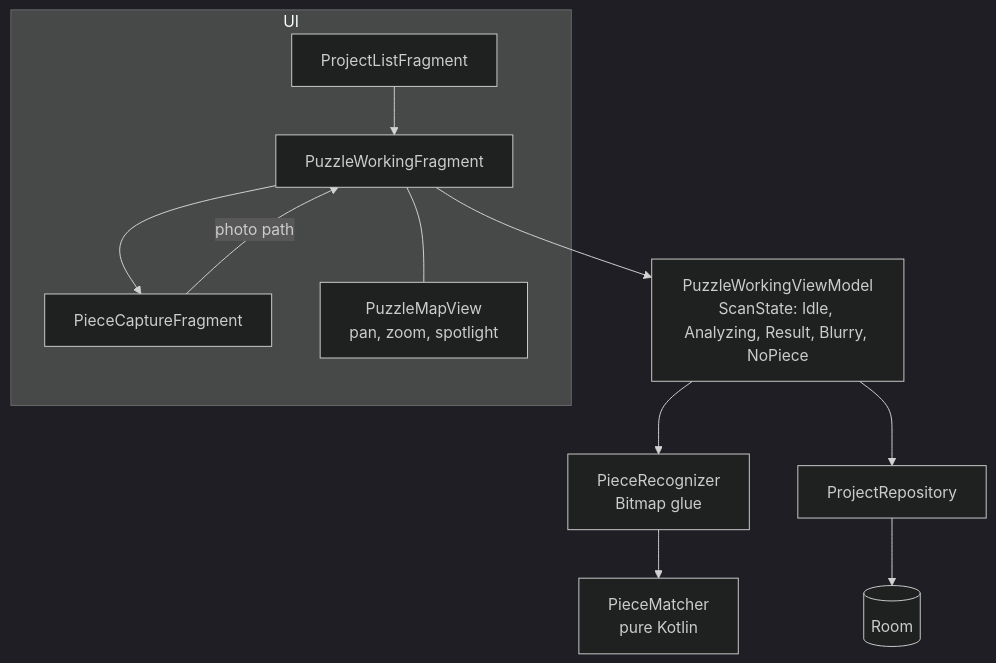
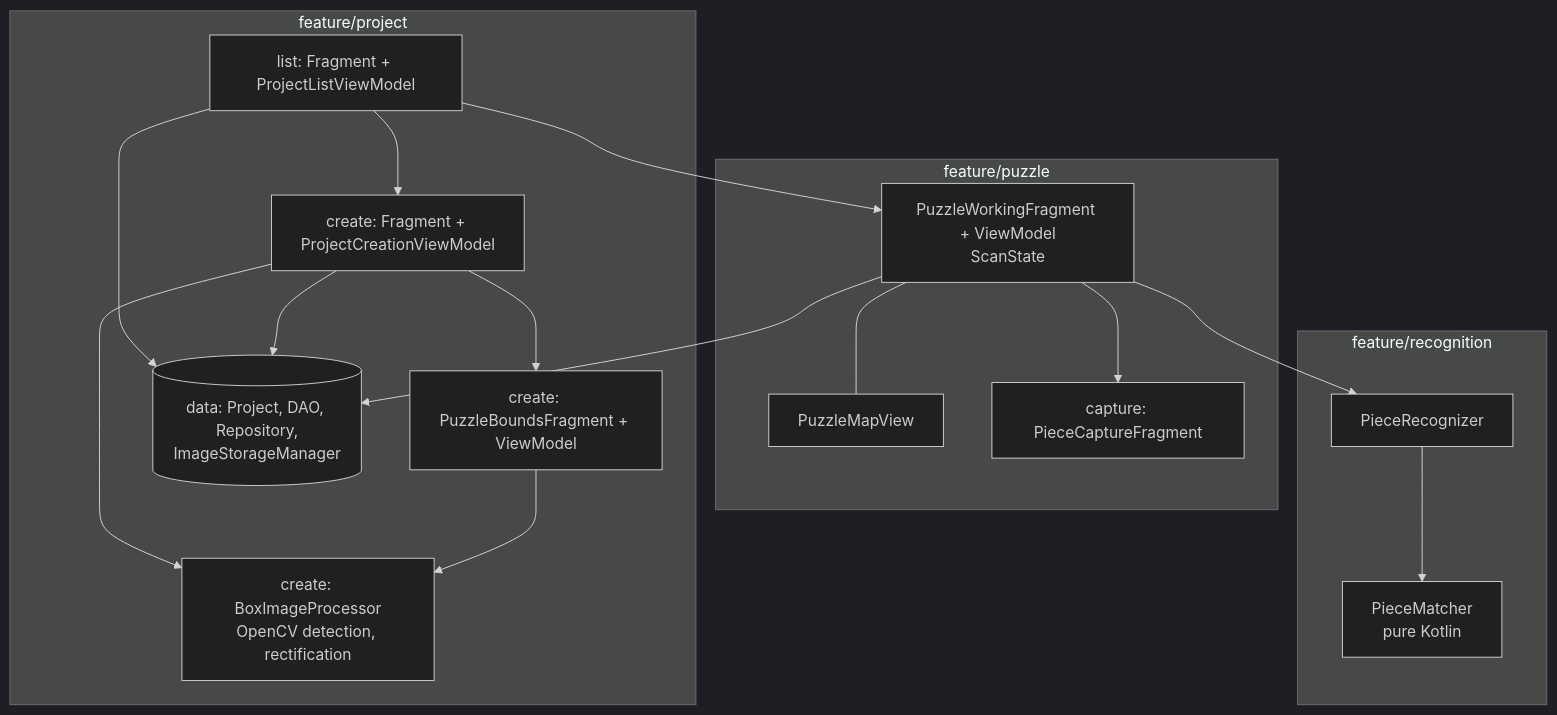
Before and after one commit to LilyanLefevre/PuzzleHelper: the second of 2 diagrams in README.md, drawn with Mermaid (dark theme). The commit also changed other lines of this file and 3 other files, not shown here.

Commit message:
docs: architecture (package by feature, MVVM), refreshed lead screenshots

````diff
--- a/README.md
+++ b/README.md
@@ -56,13 +56,23 @@
 ```mermaid
 flowchart TB
-  subgraph UI
-    L[ProjectListFragment] --> W[PuzzleWorkingFragment]
-    W --> C[PieceCaptureFragment]
-    C -- photo path --> W
-    W --- M[PuzzleMapView<br/>pan, zoom, spotlight]
+  subgraph project[feature/project]
+    L[list: Fragment + ProjectListViewModel]
+    C[create: Fragment + ProjectCreationViewModel]
+    B[create: PuzzleBoundsFragment + ViewModel]
+    D[(data: Project, DAO, Repository,<br/>ImageStorageManager)]
+    P[create: BoxImageProcessor<br/>OpenCV detection, rectification]
   end
-  W --> VM[PuzzleWorkingViewModel<br/>ScanState: Idle, Analyzing, Result, Blurry, NoPiece]
-  VM --> R[PieceRecognizer<br/>Bitmap glue]
-  R --> PM[PieceMatcher<br/>pure Kotlin]
-  VM --> Repo[ProjectRepository] --> DB[(Room)]
+  subgraph puzzle[feature/puzzle]
+    W[PuzzleWorkingFragment + ViewModel<br/>ScanState] --- M[PuzzleMapView]
+    K[capture: PieceCaptureFragment]
+  end
+  subgraph recognition[feature/recognition]
+    R[PieceRecognizer] --> PM[PieceMatcher<br/>pure Kotlin]
+  end
+  L --> W --> K
+  L --> C --> B
+  C --> P
+  B --> P
+  L & C & W --> D
+  W --> R
 ```
````
